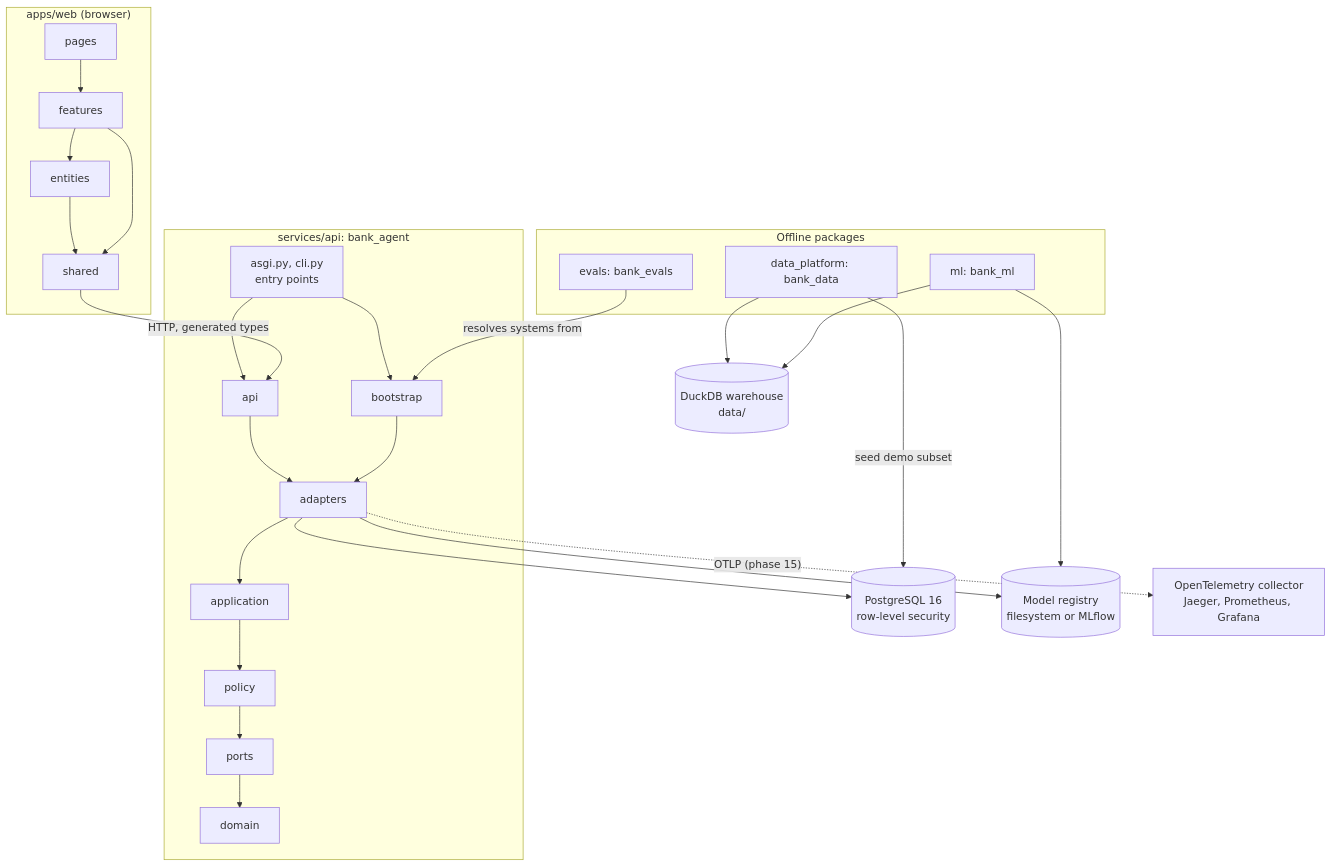
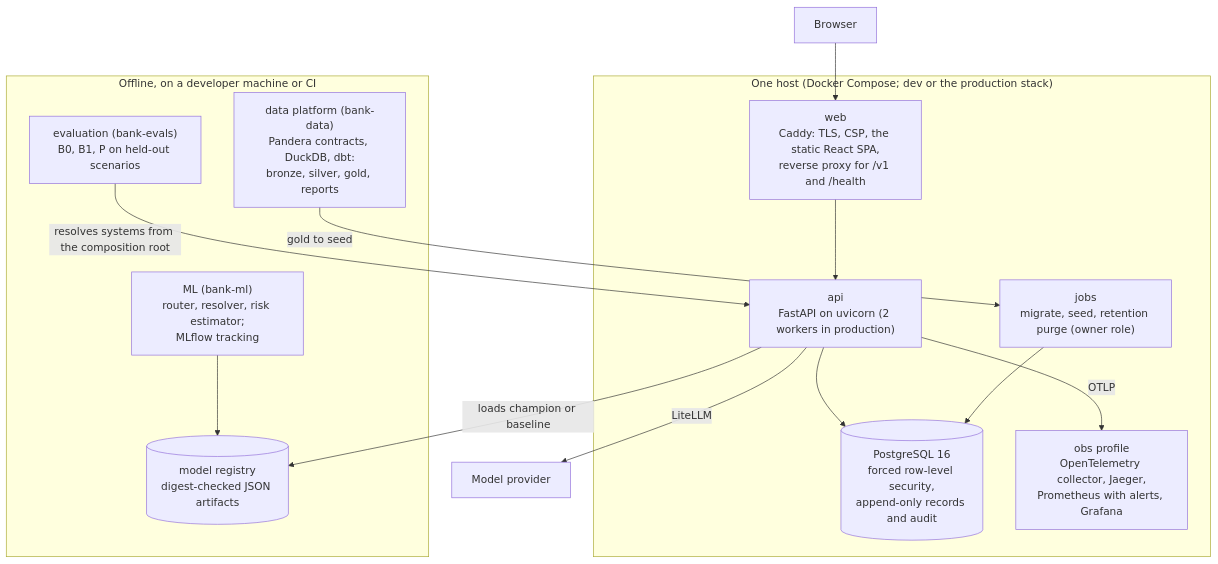
One commit to Youngermaster/factored-hackathon-2026-la-brasil-del-70 changed the second of 4 diagrams in docs/architecture/overview.md. Above: the diagram before and after it, drawn with Mermaid. The commit also changed other lines of this file, not shown here.

First line of the commit message:
docs(docs): final architecture views and the sequence of one turn

````diff
--- a/docs/architecture/overview.md
+++ b/docs/architecture/overview.md
@@ -9,49 +24,26 @@
 ```mermaid
-flowchart TD
-    subgraph web["apps/web (browser)"]
-        wpages["pages"] --> wfeatures["features"]
-        wfeatures --> wentities["entities"]
-        wentities --> wshared["shared"]
-        wfeatures --> wshared
+flowchart TB
+    browser["Browser"] --> web
+    subgraph host["One host (Docker Compose; dev or the production stack)"]
+        web["web<br/>Caddy: TLS, CSP, the static React SPA,<br/>reverse proxy for /v1 and /health"]
+        api["api<br/>FastAPI on uvicorn (2 workers in production)"]
+        jobs["jobs<br/>migrate, seed, retention purge (owner role)"]
+        pg[("PostgreSQL 16<br/>forced row-level security,<br/>append-only records and audit")]
+        obs["obs profile<br/>OpenTelemetry collector, Jaeger,<br/>Prometheus with alerts, Grafana"]
     end
-
-    subgraph api["services/api: bank_agent"]
-        entry["asgi.py, cli.py<br/>entry points"]
-        http["api"]
-        boot["bootstrap"]
-        adapters["adapters"]
-        application["application"]
-        policy["policy"]
-        ports["ports"]
-        domain["domain"]
-        entry --> http
-        entry --> boot
-        http --> adapters
-        boot --> adapters
-        adapters --> application
-        application --> policy
-        policy --> ports
-        ports --> domain
+    subgraph offline["Offline, on a developer machine or CI"]
+        dp["data platform (bank-data)<br/>Pandera contracts, DuckDB, dbt:<br/>bronze, silver, gold, reports"]
+        mlp["ML (bank-ml)<br/>router, resolver, risk estimator;<br/>MLflow tracking"]
+        ev["evaluation (bank-evals)<br/>B0, B1, P on held-out scenarios"]
+        reg[("model registry<br/>digest-checked JSON artifacts")]
     end
-
-    subgraph offline["Offline packages"]
-        data["data_platform: bank_data"]
-        ml["ml: bank_ml"]
-        evals["evals: bank_evals"]
-    end
-
-    postgres[("PostgreSQL 16<br/>row-level security")]
-    warehouse[("DuckDB warehouse<br/>data/")]
-    registry[("Model registry<br/>filesystem or MLflow")]
-    obs["OpenTelemetry collector<br/>Jaeger, Prometheus, Grafana"]
-
-    wshared -- "HTTP, generated types" --> http
-    adapters --> postgres
-    adapters --> registry
-    adapters -. "OTLP (phase 15)" .-> obs
-    data --> warehouse
-    data -- "seed demo subset" --> postgres
-    ml --> warehouse
-    ml --> registry
-    evals -- "resolves systems from" --> boot
+    web --> api
+    api --> pg
+    jobs --> pg
+    api -- "OTLP" --> obs
+    api -- "LiteLLM" --> llm["Model provider"]
+    dp -- "gold to seed" --> jobs
+    mlp --> reg
+    api -- "loads champion or baseline" --> reg
+    ev -- "resolves systems from the composition root" --> api
 ```
````
